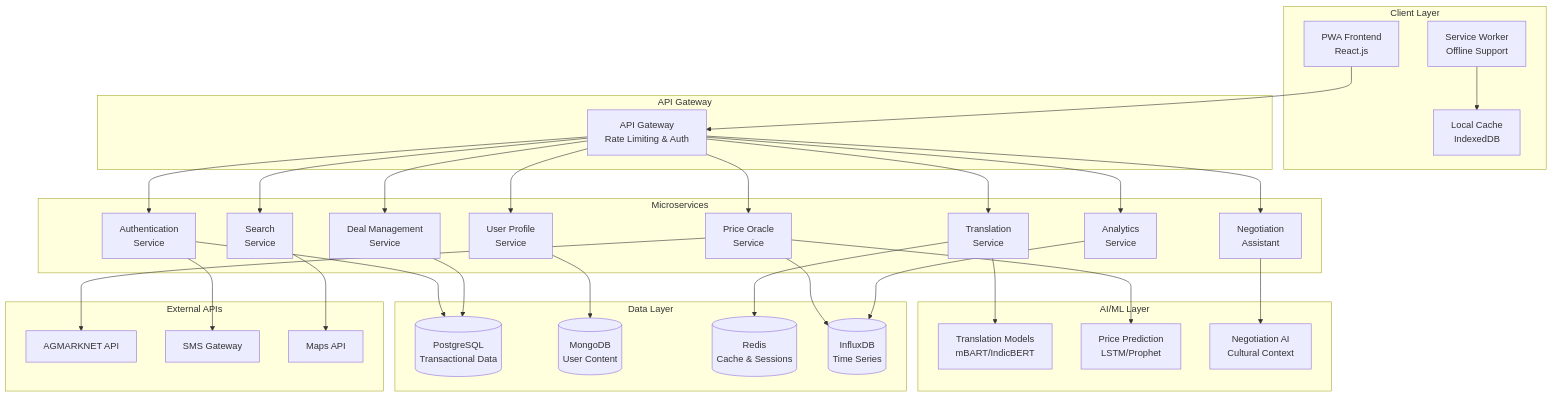
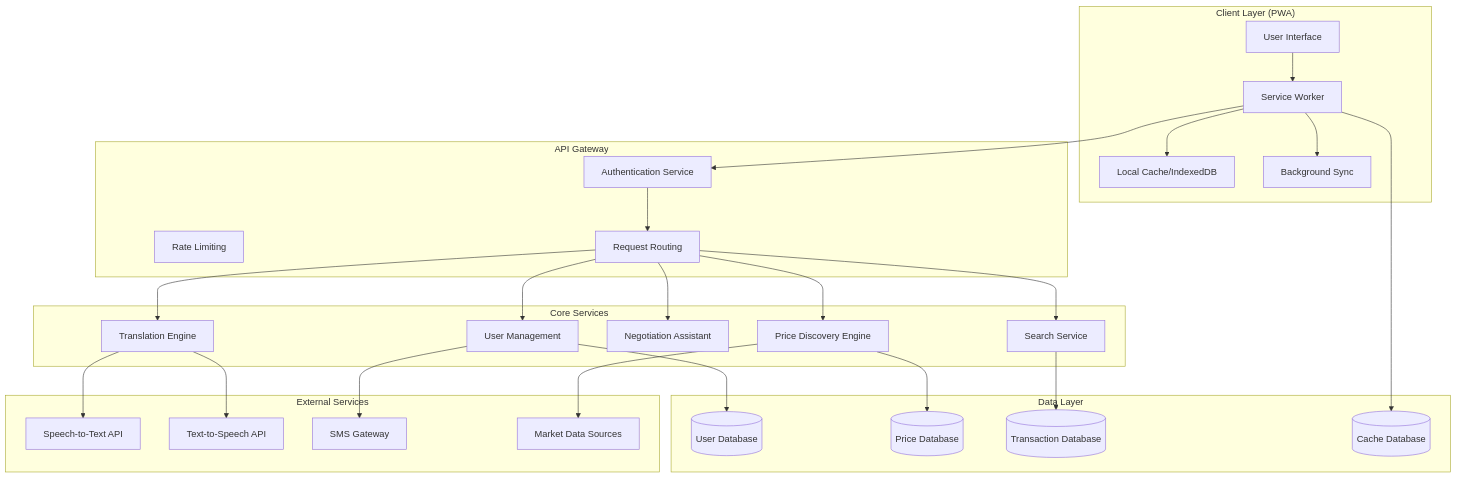
The diagram in .kiro/specs/multilingual-mandi/design.md (Sayyed23/multilingual_mindi_26_jan_challenge), drawn with Mermaid before and after one commit. The commit also changed other lines of this file and 223 other files, not shown here.

````diff
--- a/.kiro/specs/multilingual-mandi/design.md
+++ b/.kiro/specs/multilingual-mandi/design.md
@@ -13,67 +13,58 @@
 ```mermaid
 graph TB
-    subgraph "Client Layer"
-        PWA[PWA Frontend<br/>React.js]
-        SW[Service Worker<br/>Offline Support]
-        Cache[Local Cache<br/>IndexedDB]
+    subgraph "Client Layer (PWA)"
+        UI[User Interface]
+        SW[Service Worker]
+        Cache[Local Cache/IndexedDB]
+        Sync[Background Sync]
     end
     
     subgraph "API Gateway"
-        Gateway[API Gateway<br/>Rate Limiting & Auth]
+        Auth[Authentication Service]
+        Rate[Rate Limiting]
+        Route[Request Routing]
     end
     
-    subgraph "Microservices"
-        Auth[Authentication<br/>Service]
-        Translation[Translation<br/>Service]
-        Price[Price Oracle<br/>Service]
-        Negotiation[Negotiation<br/>Assistant]
-        User[User Profile<br/>Service]
-        Deal[Deal Management<br/>Service]
-        Search[Search<br/>Service]
-        Analytics[Analytics<br/>Service]
-    end
-    
-    subgraph "AI/ML Layer"
-        TranslationAI[Translation Models<br/>mBART/IndicBERT]
-        PriceAI[Price Prediction<br/>LSTM/Prophet]
-        NegotiationAI[Negotiation AI<br/>Cultural Context]
+    subgraph "Core Services"
+        Trans[Translation Engine]
+        Price[Price Discovery Engine]
+        Nego[Negotiation Assistant]
+        User[User Management]
+        Search[Search Service]
     end
     
     subgraph "Data Layer"
-        PostgreSQL[(PostgreSQL<br/>Transactional Data)]
-        MongoDB[(MongoDB<br/>User Content)]
-        Redis[(Redis<br/>Cache & Sessions)]
-        InfluxDB[(InfluxDB<br/>Time Series)]
+        UserDB[(User Database)]
+        PriceDB[(Price Database)]
+        TransDB[(Transaction Database)]
+        CacheDB[(Cache Database)]
     end
     
-    subgraph "External APIs"
-        AGMARKNET[AGMARKNET API]
+    subgraph "External Services"
+        STT[Speech-to-Text API]
+        TTS[Text-to-Speech API]
         SMS[SMS Gateway]
-        Maps[Maps API]
+        Market[Market Data Sources]
     end
     
-    PWA --> Gateway
+    UI --> SW
     SW --> Cache
-    Gateway --> Auth
-    Gateway --> Translation
-    Gateway --> Price
-    Gateway --> Negotiation
-    Gateway --> User
-    Gateway --> Deal
-    Gateway --> Search
-    Gateway --> Analytics
+    SW --> Sync
+    SW --> Auth
+    Auth --> Route
+    Route --> Trans
+    Route --> Price
+    Route --> Nego
+    Route --> User
+    Route --> Search
     
-    Translation --> TranslationAI
-    Price --> PriceAI
-    Price --> AGMARKNET
-    Negotiation --> NegotiationAI
-    Auth --> SMS
-    Search --> Maps
+    Trans --> STT
+    Trans --> TTS
+    Price --> Market
+    User --> SMS
     
-    Auth --> PostgreSQL
-    User --> MongoDB
-    Deal --> PostgreSQL
-    Price --> InfluxDB
-    Translation --> Redis
-    Analytics --> InfluxDB
+    User --> UserDB
+    Price --> PriceDB
+    Search --> TransDB
+    SW --> CacheDB
 ```
````
